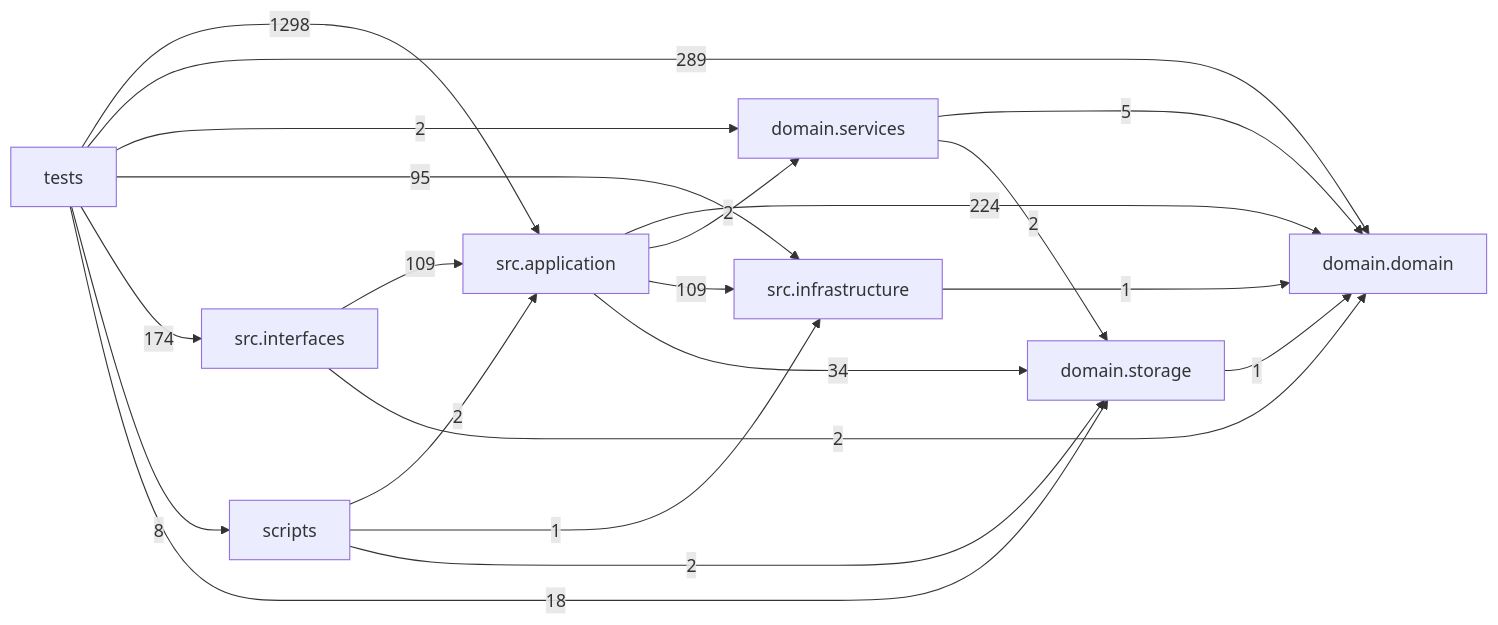
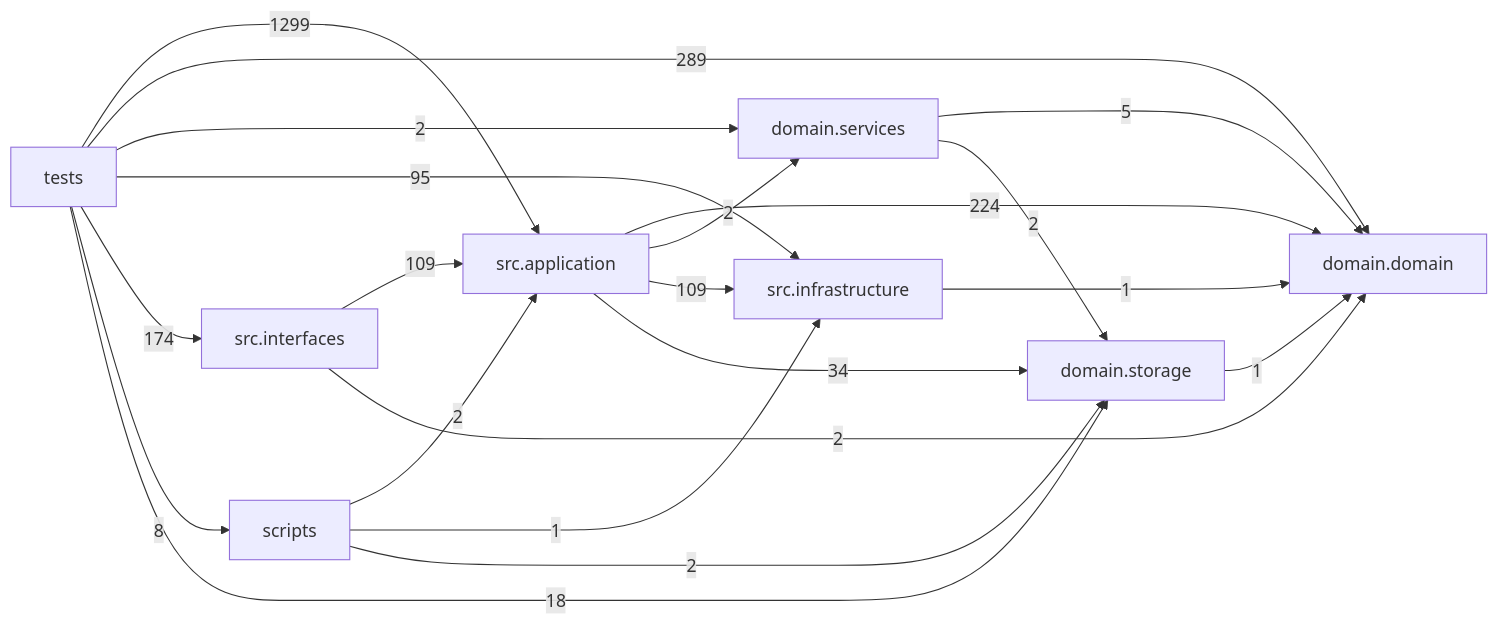
The diagram in docs/DEPENDENCY_GRAPH.md (liuxie066/options-monitor), drawn with Mermaid before and after one commit. The commit also changed other lines of this file and 7 other files, not shown here.

````diff
--- a/docs/DEPENDENCY_GRAPH.md
+++ b/docs/DEPENDENCY_GRAPH.md
@@ -24,31 +24,31 @@
 ```mermaid
 flowchart LR
   tests["tests"]
   scripts["scripts"]
   interfaces["src.interfaces"]
   application["src.application"]
   infrastructure["src.infrastructure"]
   domain_services["domain.services"]
   domain["domain.domain"]
   storage["domain.storage"]
   application -->|224| domain
   application -->|2| domain_services
   application -->|109| infrastructure
   application -->|34| storage
   domain_services -->|5| domain
   domain_services -->|2| storage
   infrastructure -->|1| domain
   interfaces -->|109| application
   interfaces -->|2| domain
   scripts -->|2| application
   scripts -->|1| infrastructure
   scripts -->|2| storage
   storage -->|1| domain
-  tests -->|1298| application
+  tests -->|1299| application
   tests -->|289| domain
   tests -->|2| domain_services
   tests -->|95| infrastructure
   tests -->|174| interfaces
   tests -->|8| scripts
   tests -->|18| storage
 ```
````
